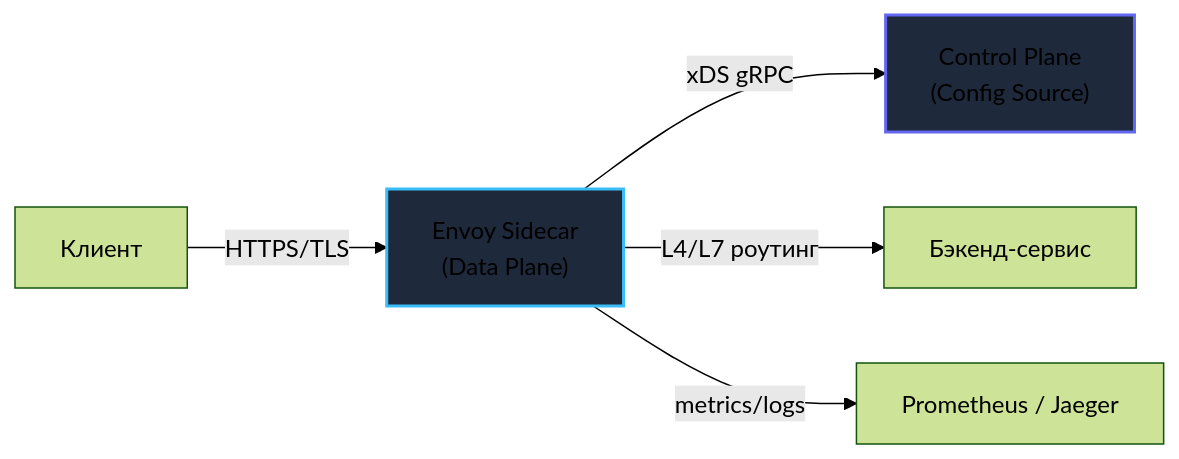
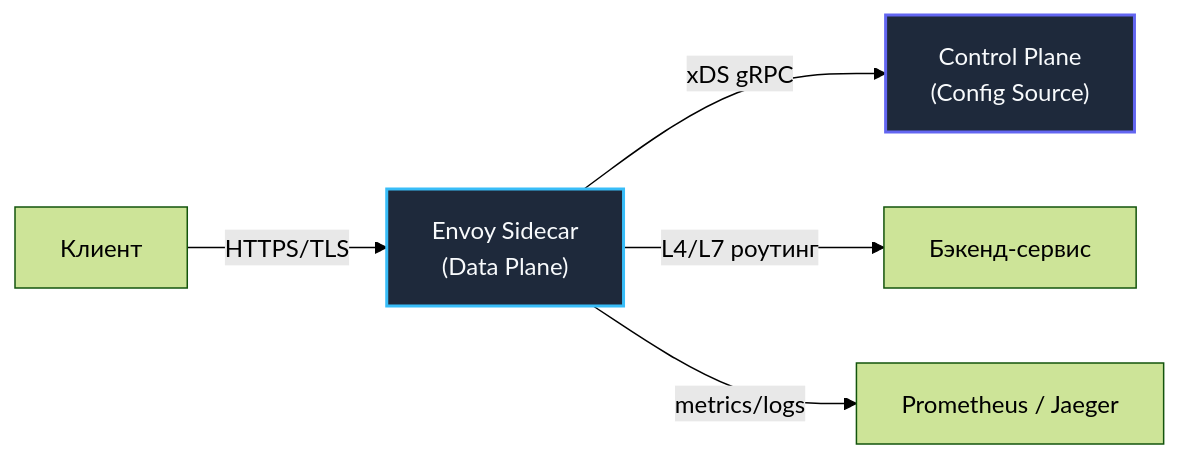
Before and after one commit to UnrealTemplier/go-textbook: the third of 3 diagrams in sources/3. Компьютерные сети и сетевой стек/28. nginx, Envoy и HAProxy. Как работают современные прокси.md, drawn with Mermaid (forest theme). The commit also changed 310 other files, not shown here.

First line of the commit message:
fix(mermaid): replace light fill colors with dark palette for readability on dark theme

````diff
--- a/sources/3. Компьютерные сети и сетевой стек/28. nginx, Envoy и HAProxy. Как работают современные прокси.md
+++ b/sources/3. Компьютерные сети и сетевой стек/28. nginx, Envoy и HAProxy. Как работают современные прокси.md
@@ -115,10 +115,10 @@
 ```mermaid
 flowchart LR
     Client["Клиент"] -->|"HTTPS/TLS"| Envoy["Envoy Sidecar<br/>(Data Plane)"]
     Envoy -->|"xDS gRPC"| Control["Control Plane<br/>(Config Source)"]
     Envoy -->|"L4/L7 роутинг"| Backend["Бэкенд-сервис"]
     Envoy -->|"metrics/logs"| Observability["Prometheus / Jaeger"]
     
-    style Envoy fill:#1e293b,stroke:#38bdf8,stroke-width:2px
-    style Control fill:#1e293b,stroke:#6366f1,stroke-width:2px
+    style Envoy fill:#1e293b,stroke:#38bdf8,stroke-width:2px,color:#f8fafc
+    style Control fill:#1e293b,stroke:#6366f1,stroke-width:2px,color:#f8fafc
 ```
````
